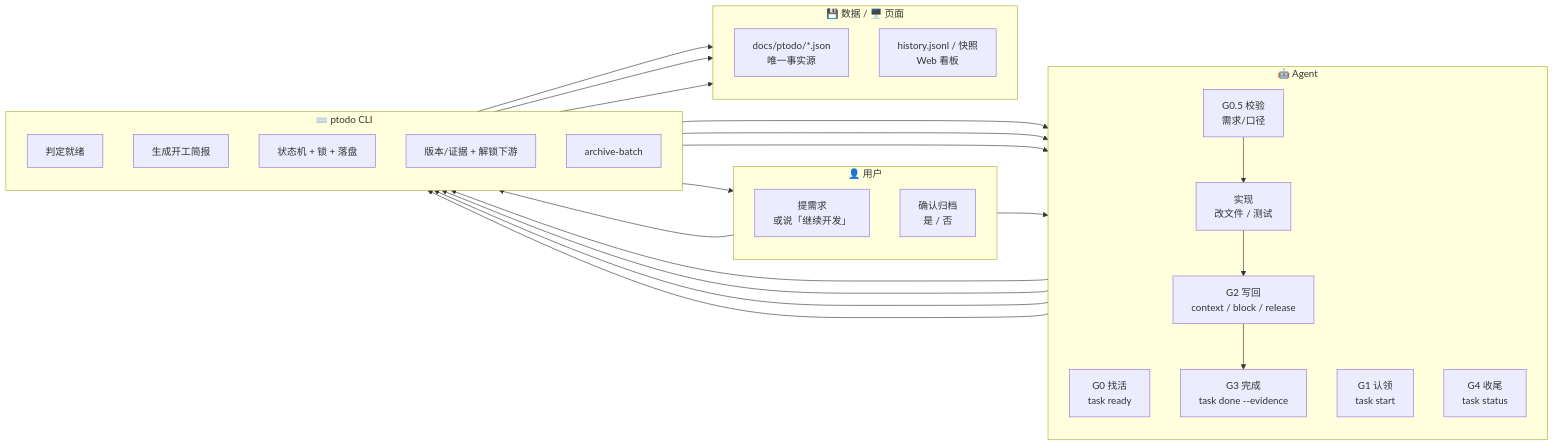
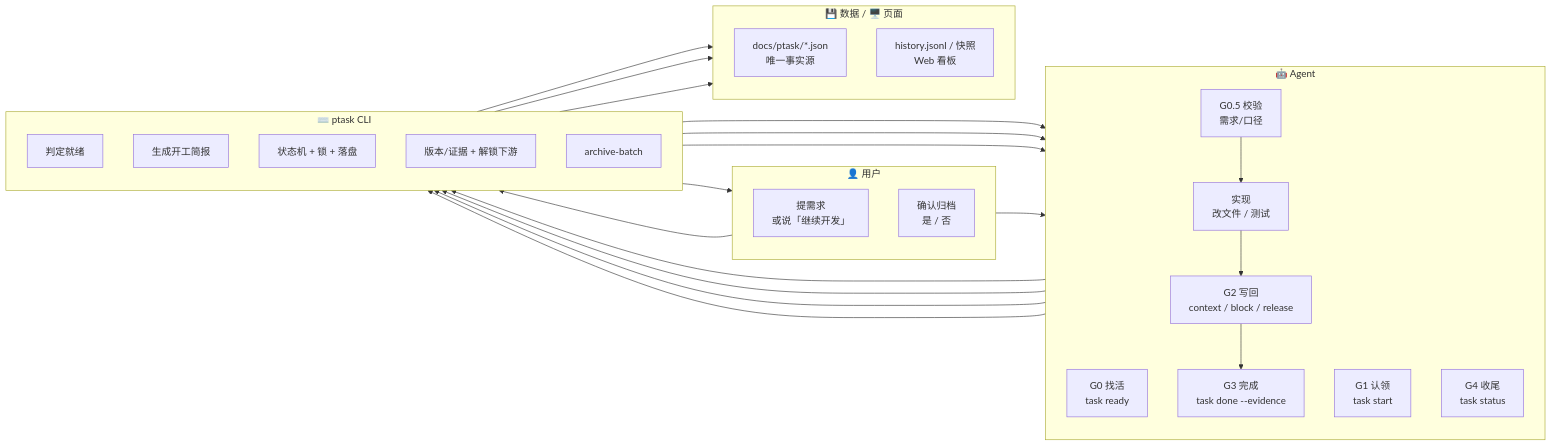
One commit to OptimisticGeek/dsh-project-todo changed the first of 5 diagrams in docs/HELP.md. Above: the diagram before and after it, drawn with Mermaid. The commit also changed other lines of this file and 93 other files, not shown here.

First line of the commit message:
refactor!: 更名为 dsh-project-task（ptask CLI、docs/ptask、project-task-board 技能）

````diff
--- a/docs/HELP.md
+++ b/docs/HELP.md
@@ -67,48 +67,48 @@
 ```mermaid
 flowchart LR
   subgraph USER["👤 用户"]
     direction TB
     U1["提需求<br/>或说「继续开发」"]
     U2["确认归档<br/>是 / 否"]
   end
   subgraph AGENT["🤖 Agent"]
     direction TB
     A1["G0 找活<br/>task ready"]
     A2["G1 认领<br/>task start"]
     A3["G0.5 校验<br/>需求/口径"]
     A4["实现<br/>改文件 / 测试"]
     A5["G2 写回<br/>context / block / release"]
     A6["G3 完成<br/>task done --evidence"]
     A7["G4 收尾<br/>task status"]
   end
-  subgraph CLI["⌨️ ptodo CLI"]
+  subgraph CLI["⌨️ ptask CLI"]
     direction TB
     C1["判定就绪"]
     C2["生成开工简报"]
     C3["状态机 + 锁 + 落盘"]
     C4["版本/证据 + 解锁下游"]
     C5["archive-batch"]
   end
   subgraph DATA["💾 数据 / 🖥️ 页面"]
     direction TB
-    D1["docs/ptodo/*.json<br/>唯一事实源"]
+    D1["docs/ptask/*.json<br/>唯一事实源"]
     D2["history.jsonl / 快照<br/>Web 看板"]
   end
 
   U1 --> A1
   A1 --> C1
   C1 --> A2
   A2 --> C2
   C2 --> A3
   A3 --> A4
   A4 --> A5
   A5 --> C3
   A5 --> A6
   A6 --> C4
   C4 --> A7
   C4 --> U2
   U2 --> C5
   C3 --> D1
   C4 --> D2
   C5 --> D1
 ```
````
